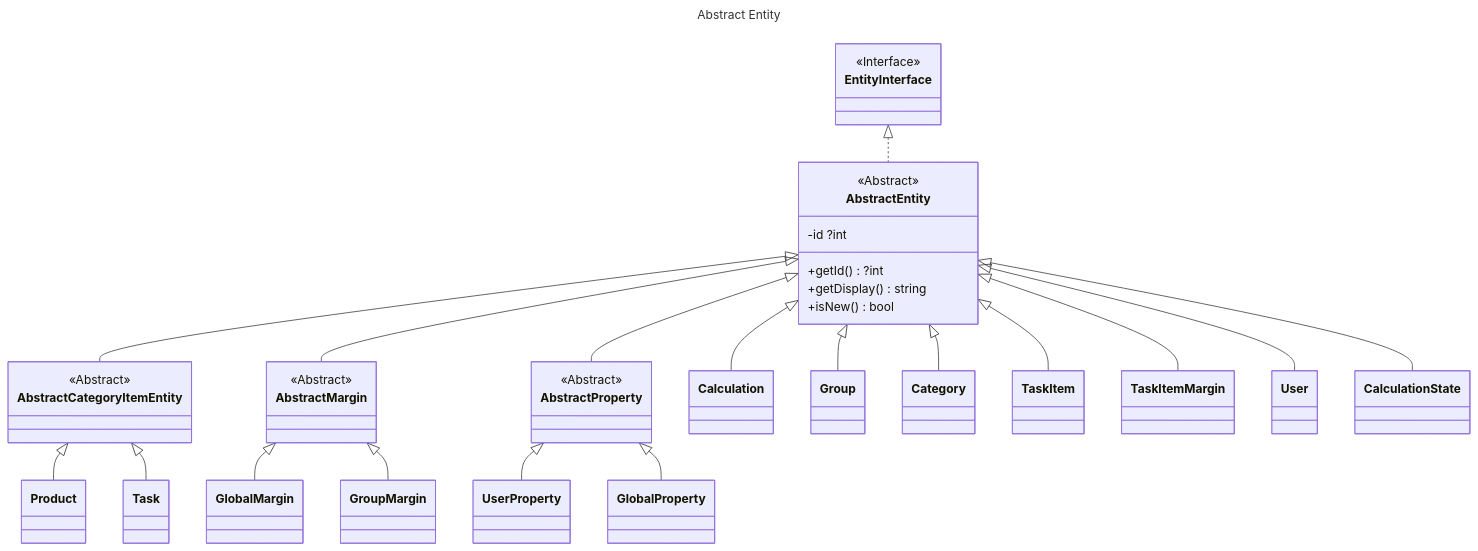
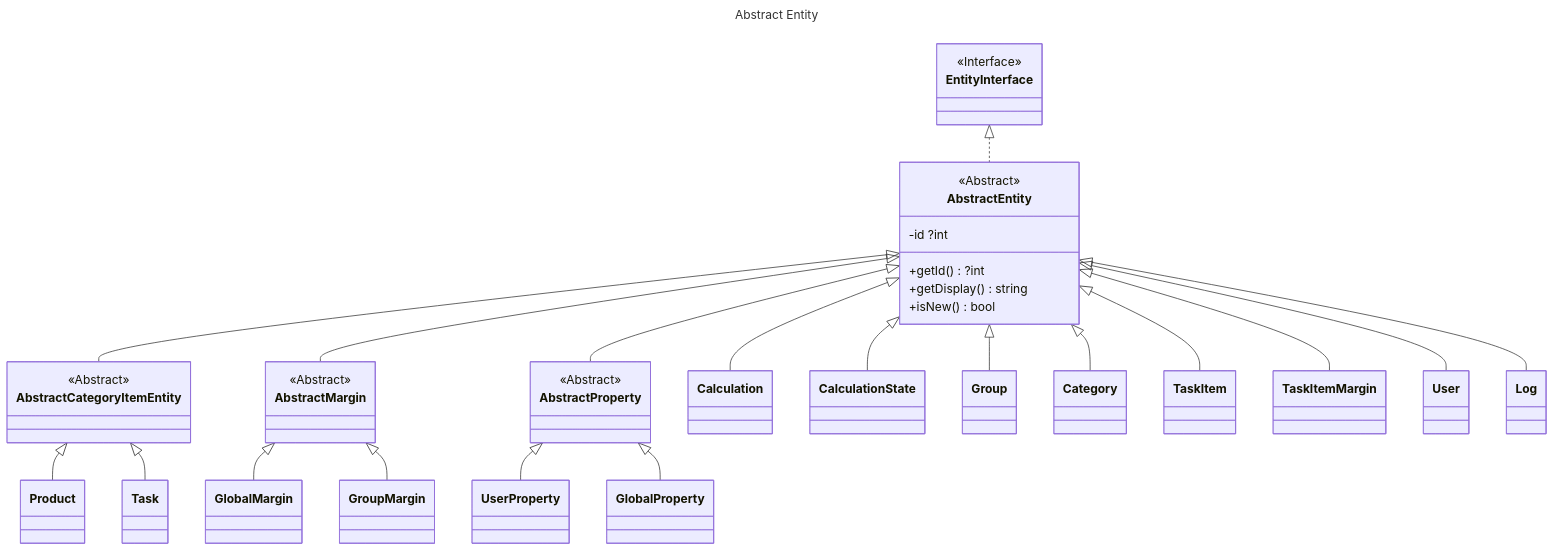
The diagram in resources/diagram/abstract_entity.mmd (laurentmuller/calculation), drawn with Mermaid before and after one commit. The commit also changed 45 other files, not shown here.

Commit message:
Added diagram theme. Added PDF memory images trait.

```diff
--- a/resources/diagram/abstract_entity.mmd
+++ b/resources/diagram/abstract_entity.mmd
@@ -1,100 +1,66 @@
 ---
 title: Abstract Entity
 ---
 classDiagram
     direction TB
 
     class EntityInterface {
         <<Interface>>
     }
 
     class AbstractEntity {
         <<Abstract>>
         -id ?int
         +getId() ?int
         +getDisplay() string
         +isNew() bool
     }
 
     class AbstractCategoryItemEntity {
         <<Abstract>>
     }
 
     class AbstractProperty {
         <<Abstract>>
     }
 
     class AbstractMargin {
         <<Abstract>>
     }
-    class Calculation {
-    }
-
-    class Group {
-    }
-
-    class GroupMargin {
-    }
-
-    class Category {
-    }
-
-    class Product {
-    }
-
-    class Task {
-    }
-
-    class TaskItem {
-    }
-
-    class TaskItemMargin {
-    }
-
-    class User {
-    }
-
-    class UserProperty {
-    }
-
-    class GlobalProperty {
-    }
-
-    class GlobalMargin {
-    }
-
-    class CalculationState {
-    }
 
     EntityInterface <|.. AbstractEntity
 
     AbstractEntity <|-- AbstractCategoryItemEntity
     AbstractEntity <|-- AbstractMargin
     AbstractEntity <|-- AbstractProperty
     AbstractEntity <|-- Calculation
     AbstractEntity <|-- CalculationState
     AbstractEntity <|-- Group
     AbstractEntity <|-- Category
     AbstractEntity <|-- TaskItem
     AbstractEntity <|-- TaskItemMargin
     AbstractEntity <|-- User
+    AbstractEntity <|-- Log
 
     AbstractCategoryItemEntity <|-- Product
     AbstractCategoryItemEntity <|-- Task
 
     AbstractProperty <|-- UserProperty
     AbstractProperty <|-- GlobalProperty
 
     AbstractMargin <|-- GlobalMargin
     AbstractMargin <|-- GroupMargin
 
     click EntityInterface call nodeCallback()
     click AbstractMargin call nodeCallback()
     click AbstractProperty call nodeCallback()
     click Calculation call nodeCallback()
     click CalculationState call nodeCallback()
     click Group call nodeCallback()
     click Category call nodeCallback()
     click Product call nodeCallback()
     click Task call nodeCallback()
     click User call nodeCallback()
+    click GlobalMargin call nodeCallback()
+    click AbstractCategoryItemEntity call nodeCallback()
+    click Log call nodeCallback()
```
